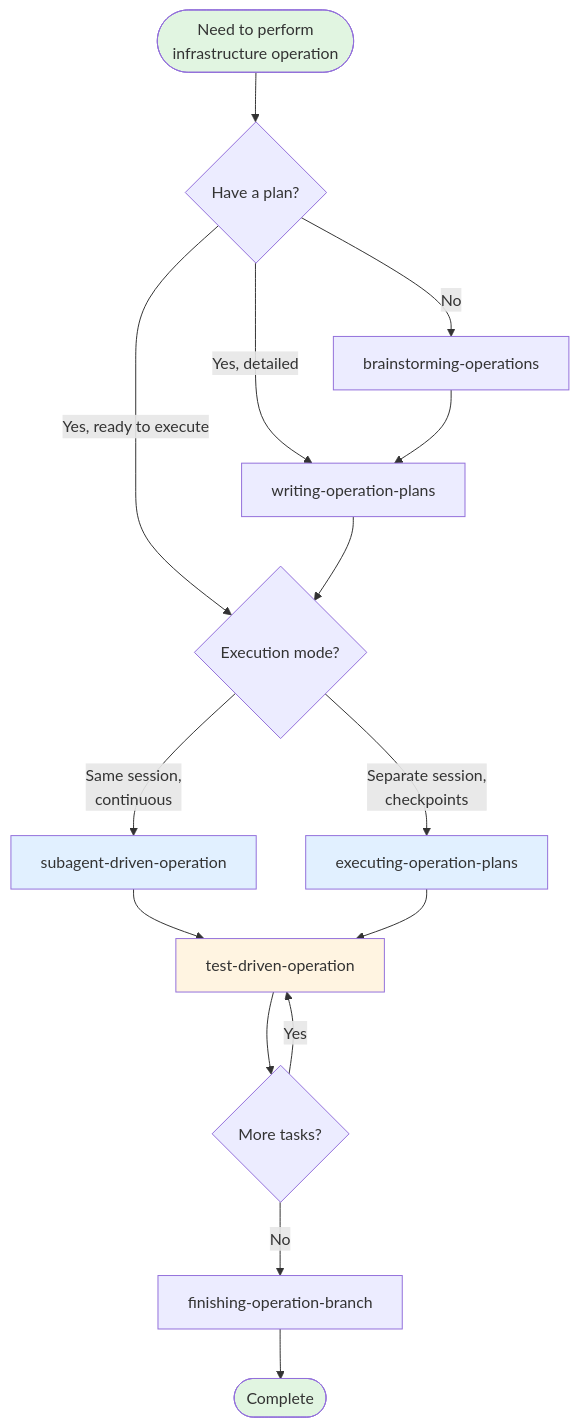
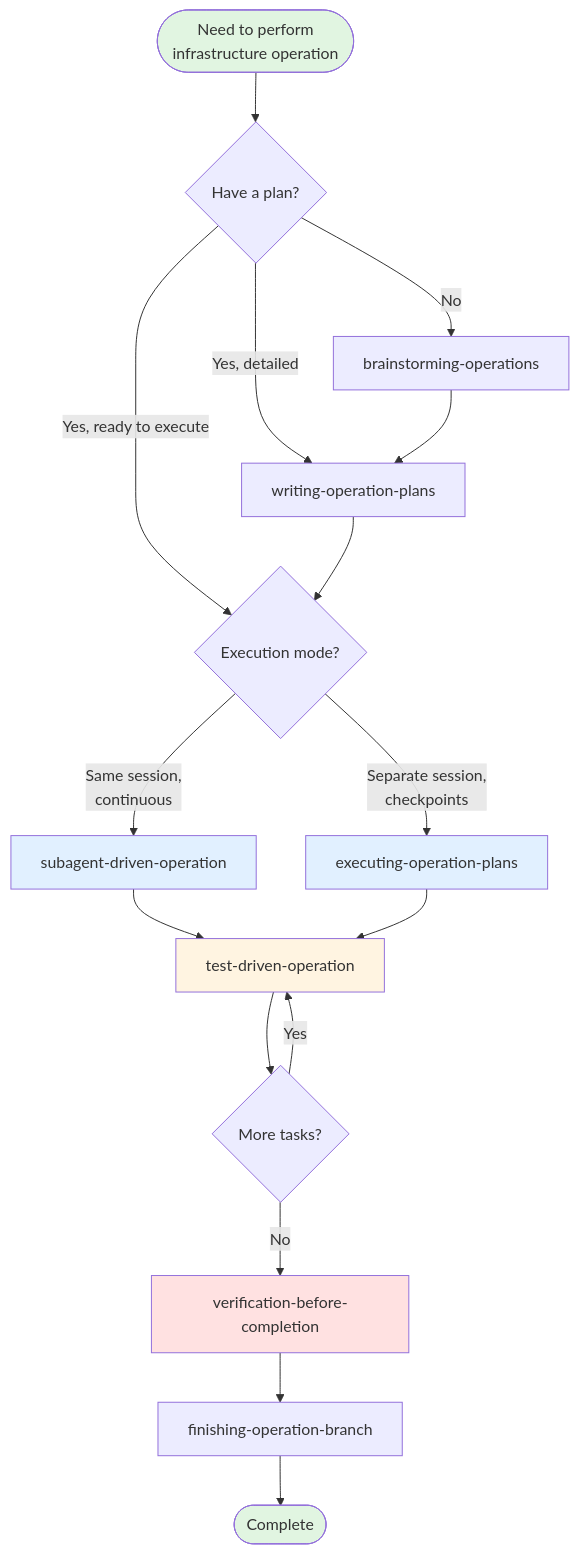
The diagram in README.md (yg-codes/srepowers), drawn with Mermaid before and after one commit. The commit also changed other lines of this file, not shown here.

Commit message:
docs: add verification-before-completion to README workflow diagram and skill docs

````diff
--- a/README.md
+++ b/README.md
@@ -11,28 +11,30 @@
 ```mermaid
 graph TD
     Start([Need to perform<br/>infrastructure operation]) --> Decision{Have a plan?}
     Decision -->|No| Brainstorm[brainstorming-operations]
     Decision -->|Yes, detailed| WritePlan[writing-operation-plans]
     Decision -->|Yes, ready to execute| ExecMode{Execution mode?}
 
     Brainstorm --> WritePlan
     WritePlan --> ExecMode
 
     ExecMode -->|Same session,<br/>continuous| Subagent[subagent-driven-operation]
     ExecMode -->|Separate session,<br/>checkpoints| Execute[executing-operation-plans]
 
     Subagent --> TDO[test-driven-operation]
     Execute --> TDO
 
     TDO --> More{More tasks?}
     More -->|Yes| TDO
-    More -->|No| Finish[finishing-operation-branch]
+    More -->|No| Verify[verification-before-completion]
+    Verify --> Finish[finishing-operation-branch]
 
     Finish --> End([Complete])
 
     style Start fill:#e1f5e1
     style End fill:#e1f5e1
     style TDO fill:#fff4e1
     style Subagent fill:#e1f0ff
     style Execute fill:#e1f0ff
+    style Verify fill:#ffe1e1
 ```
````
